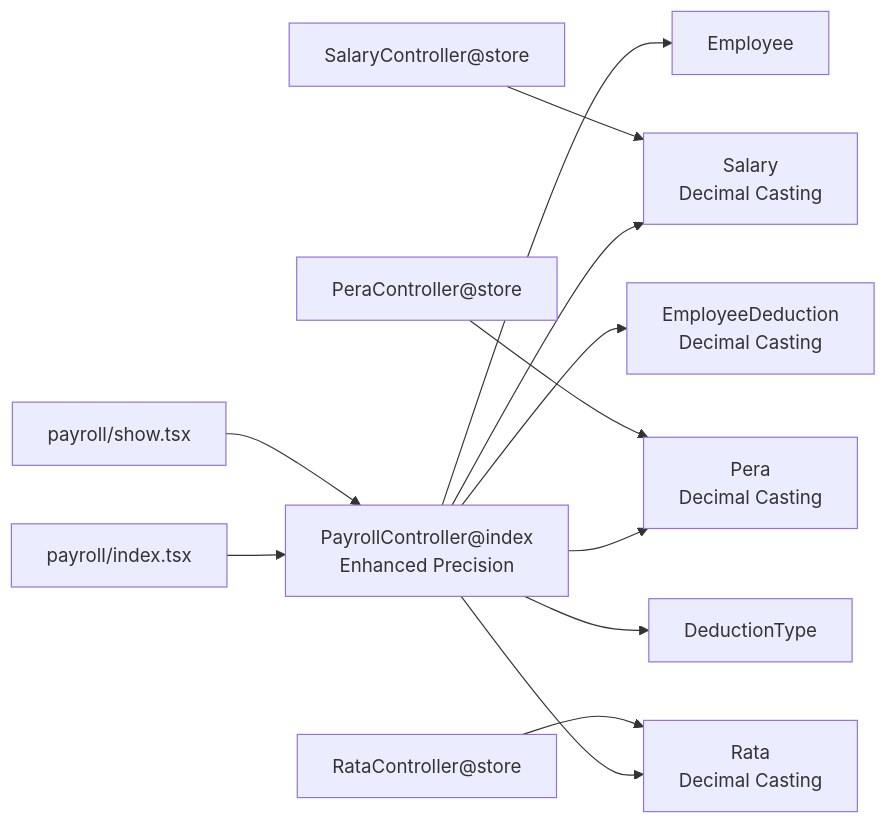
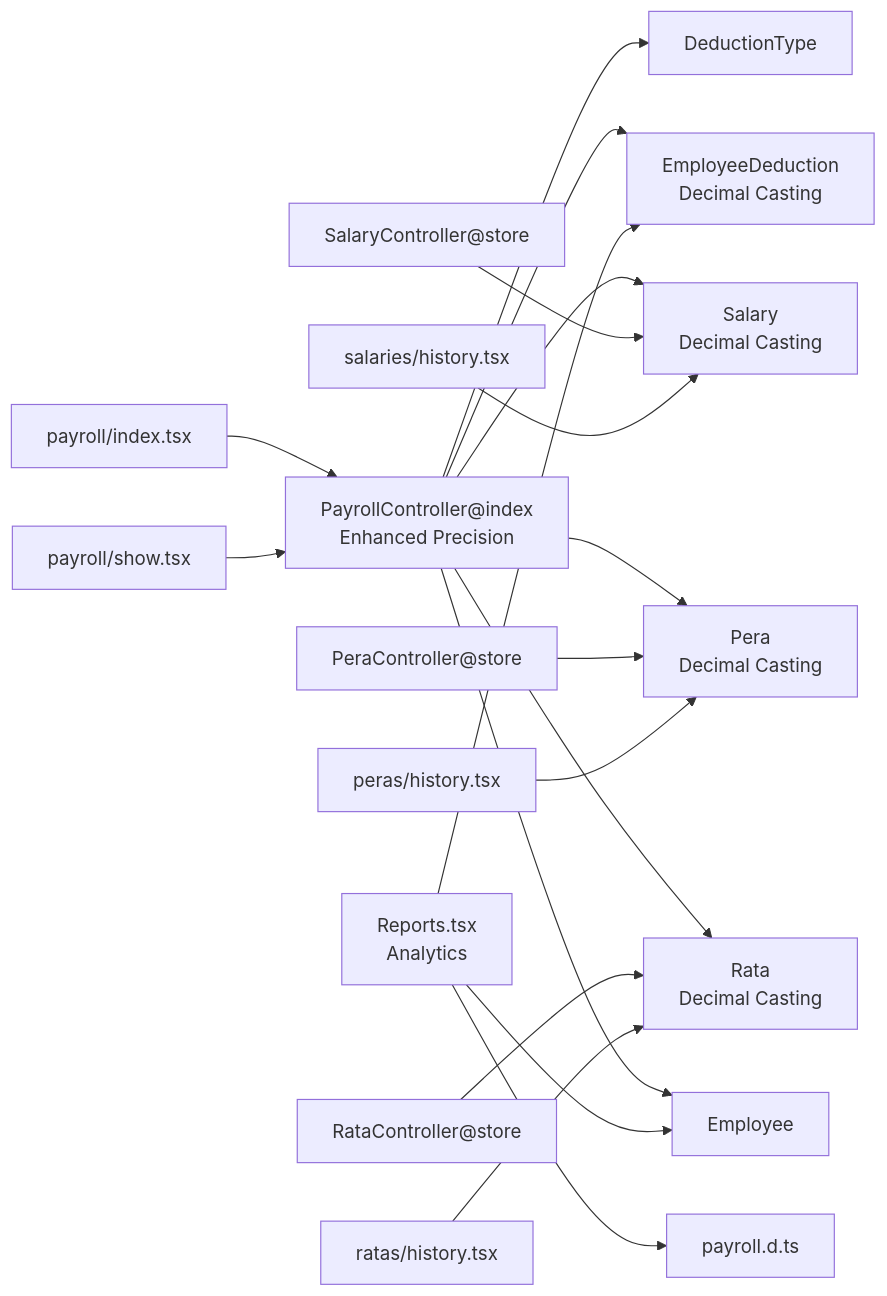
One commit to vincet0t15/template changed diagram 11 of 11 in .qoder/repowiki/en/content/Payroll System/Payroll System.md. Above: the diagram before and after it, drawn with Mermaid. The commit also changed other lines of this file and 12 other files, not shown here.

````diff
--- a/.qoder/repowiki/en/content/Payroll System/Payroll System.md
+++ b/.qoder/repowiki/en/content/Payroll System/Payroll System.md
@@ -472,14 +602,20 @@
 ```mermaid
 graph LR
 PI["payroll/index.tsx"] --> PC["PayrollController@index<br/>Enhanced Precision"]
 PS["payroll/show.tsx"] --> PC
 PC --> EM["Employee"]
 PC --> SM["Salary<br/>Decimal Casting"]
 PC --> PM["Pera<br/>Decimal Casting"]
 PC --> RM["Rata<br/>Decimal Casting"]
 PC --> EDM["EmployeeDeduction<br/>Decimal Casting"]
 PC --> DM["DeductionType"]
 SC["SalaryController@store"] --> SM
 PEC["PeraController@store"] --> PM
 RC["RataController@store"] --> RM
+REP["Reports.tsx<br/>Analytics"] --> EM
+REP --> EDM
+REP --> PT["payroll.d.ts"]
+SH["salaries/history.tsx"] --> SM
+PH["peras/history.tsx"] --> PM
+RH["ratas/history.tsx"] --> RM
 ```
````
